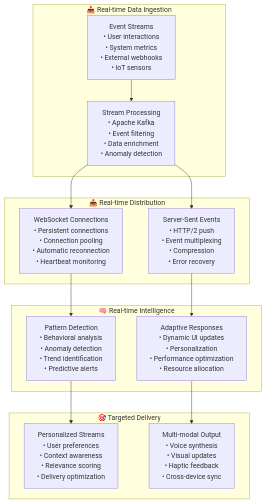
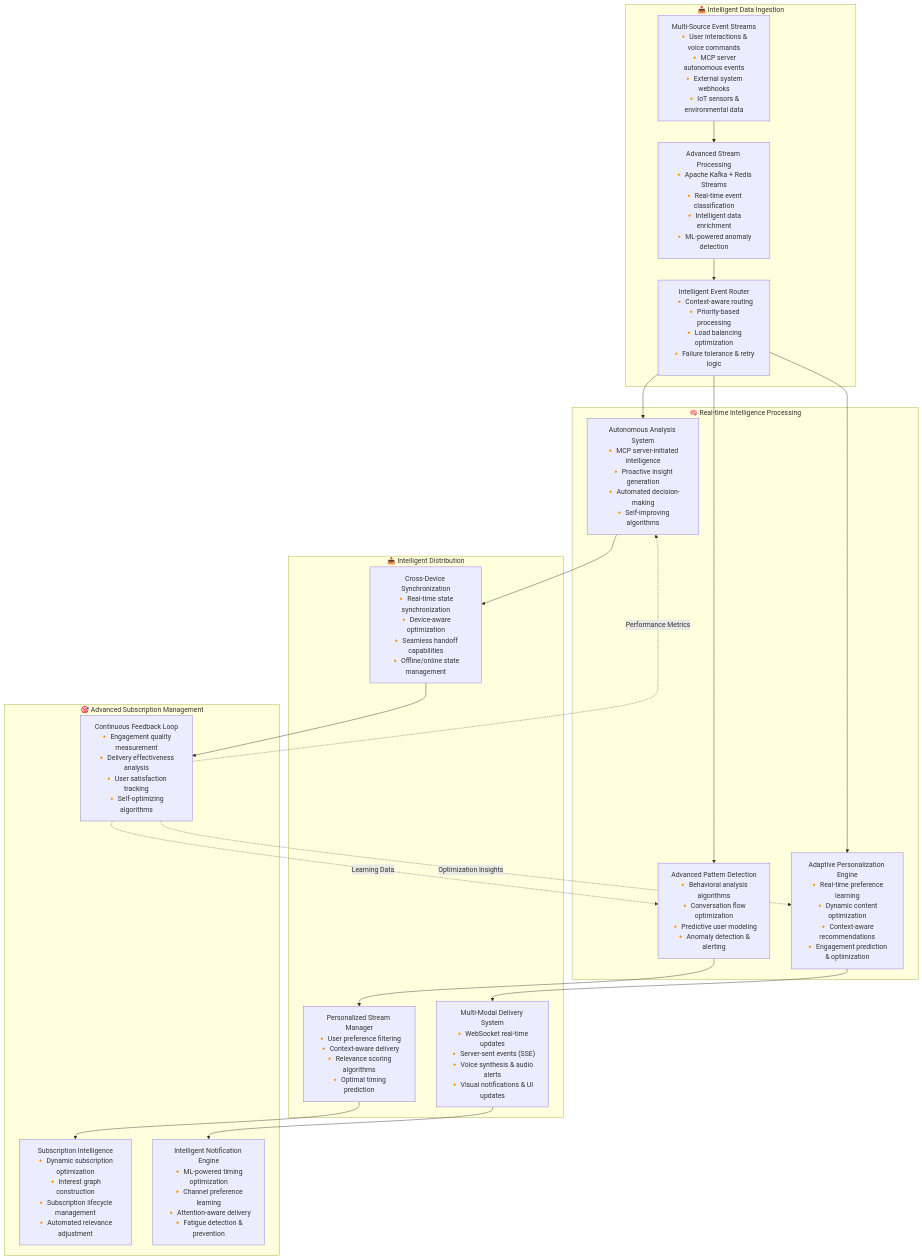
One commit to LSG-hub/Project-001 changed the ninth of 13 diagrams in README.md. Above: the diagram before and after it, drawn with Mermaid. The commit also changed other lines of this file, not shown here.

````diff
--- a/README.md
+++ b/README.md
@@ -829,34 +1376,52 @@
 ```mermaid
 graph TB
-    subgraph Ingestion["📥 Real-time Data Ingestion"]
-        Events["Event Streams<br/>• User interactions<br/>• System metrics<br/>• External webhooks<br/>• IoT sensors"]
+    subgraph "📥 Intelligent Data Ingestion"
+        EventSources["Multi-Source Event Streams<br/>🔸 User interactions & voice commands<br/>🔸 MCP server autonomous events<br/>🔸 External system webhooks<br/>🔸 IoT sensors & environmental data"]
         
-        Processing["Stream Processing<br/>• Apache Kafka<br/>• Event filtering<br/>• Data enrichment<br/>• Anomaly detection"]
+        StreamProcessor["Advanced Stream Processing<br/>🔸 Apache Kafka + Redis Streams<br/>🔸 Real-time event classification<br/>🔸 Intelligent data enrichment<br/>🔸 ML-powered anomaly detection"]
+        
+        EventRouter["Intelligent Event Router<br/>🔸 Context-aware routing<br/>🔸 Priority-based processing<br/>🔸 Load balancing optimization<br/>🔸 Failure tolerance & retry logic"]
     end
     
-    subgraph Distribution["📤 Real-time Distribution"]
-        WebSocket["WebSocket Connections<br/>• Persistent connections<br/>• Connection pooling<br/>• Automatic reconnection<br/>• Heartbeat monitoring"]
+    subgraph "🧠 Real-time Intelligence Processing"
+        PatternDetection["Advanced Pattern Detection<br/>🔸 Behavioral analysis algorithms<br/>🔸 Conversation flow optimization<br/>🔸 Predictive user modeling<br/>🔸 Anomaly detection & alerting"]
         
-        SSE["Server-Sent Events<br/>• HTTP/2 push<br/>• Event multiplexing<br/>• Compression<br/>• Error recovery"]
+        AdaptivePersonalization["Adaptive Personalization Engine<br/>🔸 Real-time preference learning<br/>🔸 Dynamic content optimization<br/>🔸 Context-aware recommendations<br/>🔸 Engagement prediction & optimization"]
+        
+        AutonomousAnalysis["Autonomous Analysis System<br/>🔸 MCP server-initiated intelligence<br/>🔸 Proactive insight generation<br/>🔸 Automated decision-making<br/>🔸 Self-improving algorithms"]
     end
     
-    subgraph Intelligence["🧠 Real-time Intelligence"]
-        Pattern["Pattern Detection<br/>• Behavioral analysis<br/>• Anomaly detection<br/>• Trend identification<br/>• Predictive alerts"]
+    subgraph "📤 Intelligent Distribution"
+        PersonalizedStreams["Personalized Stream Manager<br/>🔸 User preference filtering<br/>🔸 Context-aware delivery<br/>🔸 Relevance scoring algorithms<br/>🔸 Optimal timing prediction"]
         
-        Adaptation["Adaptive Responses<br/>• Dynamic UI updates<br/>• Personalization<br/>• Performance optimization<br/>• Resource allocation"]
+        MultiModalDelivery["Multi-Modal Delivery System<br/>🔸 WebSocket real-time updates<br/>🔸 Server-sent events (SSE)<br/>🔸 Voice synthesis & audio alerts<br/>🔸 Visual notifications & UI updates"]
+        
+        CrossDeviceSync["Cross-Device Synchronization<br/>🔸 Real-time state synchronization<br/>🔸 Device-aware optimization<br/>🔸 Seamless handoff capabilities<br/>🔸 Offline/online state management"]
     end
     
-    subgraph Delivery["🎯 Targeted Delivery"]
-        Personalized["Personalized Streams<br/>• User preferences<br/>• Context awareness<br/>• Relevance scoring<br/>• Delivery optimization"]
+    subgraph "🎯 Advanced Subscription Management"
+        SubscriptionIntel["Subscription Intelligence<br/>🔸 Dynamic subscription optimization<br/>🔸 Interest graph construction<br/>🔸 Subscription lifecycle management<br/>🔸 Automated relevance adjustment"]
         
-        MultiModal["Multi-modal Output<br/>• Voice synthesis<br/>• Visual updates<br/>• Haptic feedback<br/>• Cross-device sync"]
+        NotificationEngine["Intelligent Notification Engine<br/>🔸 ML-powered timing optimization<br/>🔸 Channel preference learning<br/>🔸 Attention-aware delivery<br/>🔸 Fatigue detection & prevention"]
+        
+        FeedbackLoop["Continuous Feedback Loop<br/>🔸 Engagement quality measurement<br/>🔸 Delivery effectiveness analysis<br/>🔸 User satisfaction tracking<br/>🔸 Self-optimizing algorithms"]
     end
     
-    Events --> Processing
-    Processing --> WebSocket
-    Processing --> SSE
-    WebSocket --> Pattern
-    SSE --> Adaptation
-    Pattern --> Personalized
-    Adaptation --> MultiModal
+    EventSources --> StreamProcessor
+    StreamProcessor --> EventRouter
+    EventRouter --> PatternDetection
+    EventRouter --> AdaptivePersonalization
+    EventRouter --> AutonomousAnalysis
+    
+    PatternDetection --> PersonalizedStreams
+    AdaptivePersonalization --> MultiModalDelivery
+    AutonomousAnalysis --> CrossDeviceSync
+    
+    PersonalizedStreams --> SubscriptionIntel
+    MultiModalDelivery --> NotificationEngine
+    CrossDeviceSync --> FeedbackLoop
+    
+    FeedbackLoop -.->|Learning Data| PatternDetection
+    FeedbackLoop -.->|Optimization Insights| AdaptivePersonalization
+    FeedbackLoop -.->|Performance Metrics| AutonomousAnalysis
 ```
````
